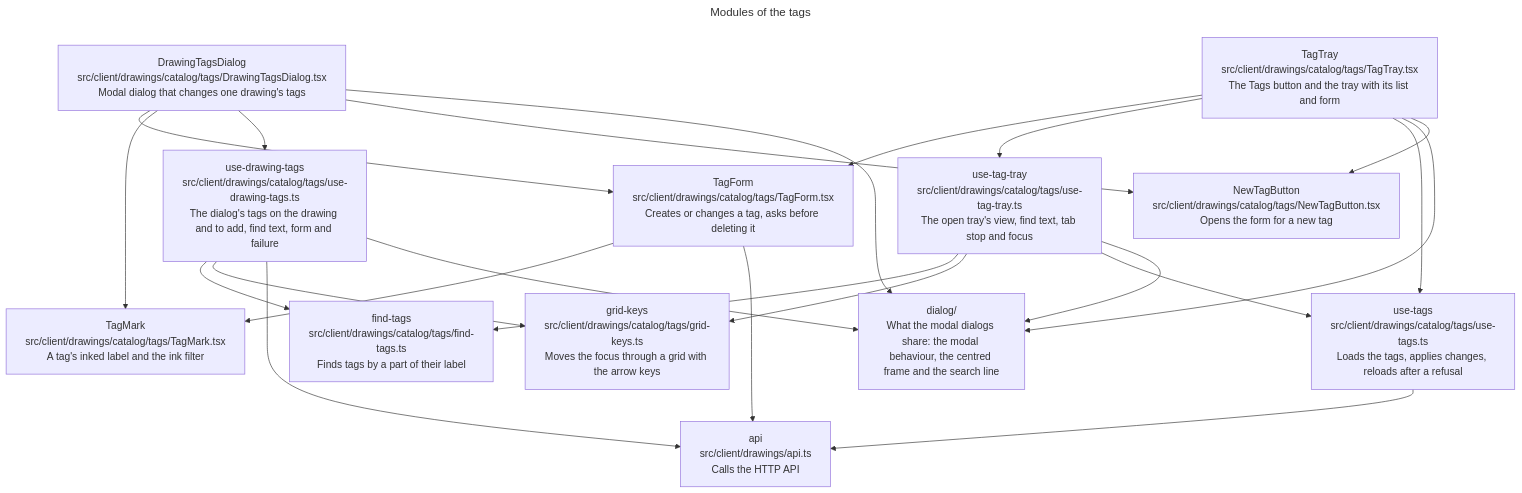
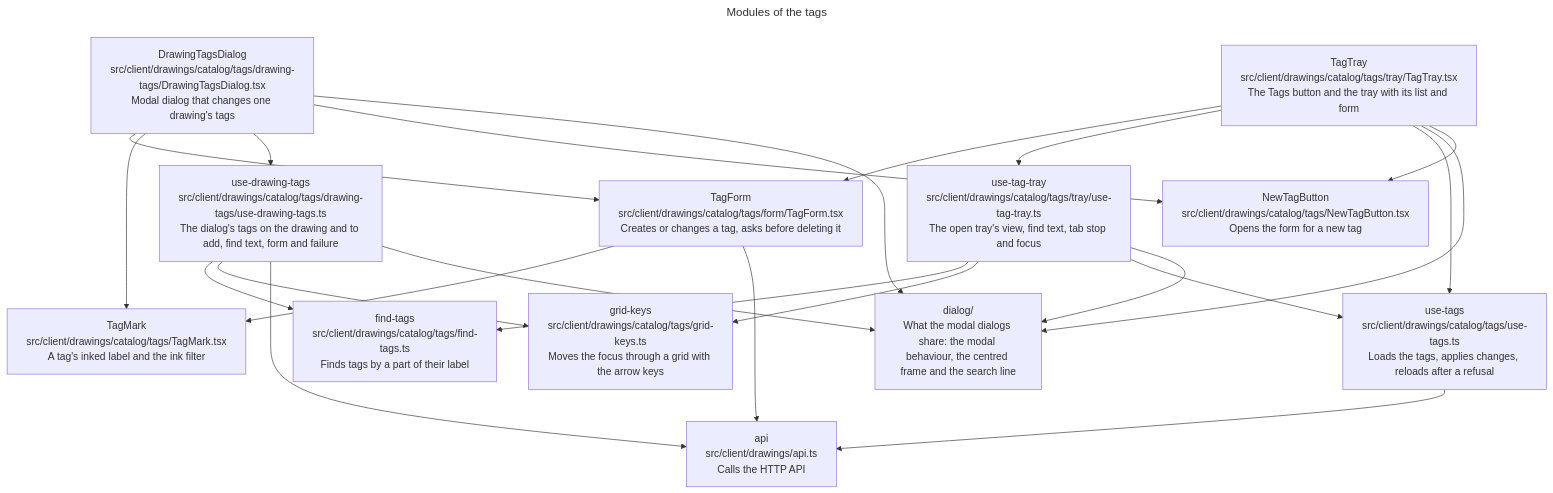
The eighth of 11 diagrams in docs/architecture/architecture.md (remshams/excalidraw-dashboard), drawn with Mermaid before and after one commit. The commit also changed other lines of this file and 1 other file, not shown here.

Commit message:
docs(Architecture): describe the #shared alias and the folders under tags/

````diff
--- a/docs/architecture/architecture.md
+++ b/docs/architecture/architecture.md
@@ -239,24 +243,24 @@
 ```mermaid
 ---
 title: Modules of the tags
 ---
 flowchart TD
-    tray["TagTray<br>src/client/drawings/catalog/tags/TagTray.tsx<br>The Tags button and the tray with its list and form"]:::module
-    trayState["use-tag-tray<br>src/client/drawings/catalog/tags/use-tag-tray.ts<br>The open tray's view, find text, tab stop and focus"]:::module
-    form["TagForm<br>src/client/drawings/catalog/tags/TagForm.tsx<br>Creates or changes a tag, asks before deleting it"]:::module
+    tray["TagTray<br>src/client/drawings/catalog/tags/tray/TagTray.tsx<br>The Tags button and the tray with its list and form"]:::module
+    trayState["use-tag-tray<br>src/client/drawings/catalog/tags/tray/use-tag-tray.ts<br>The open tray's view, find text, tab stop and focus"]:::module
+    form["TagForm<br>src/client/drawings/catalog/tags/form/TagForm.tsx<br>Creates or changes a tag, asks before deleting it"]:::module
     mark["TagMark<br>src/client/drawings/catalog/tags/TagMark.tsx<br>A tag's inked label and the ink filter"]:::module
     findTags["find-tags<br>src/client/drawings/catalog/tags/find-tags.ts<br>Finds tags by a part of their label"]:::module
     gridKeys["grid-keys<br>src/client/drawings/catalog/tags/grid-keys.ts<br>Moves the focus through a grid with the arrow keys"]:::module
     tags["use-tags<br>src/client/drawings/catalog/tags/use-tags.ts<br>Loads the tags, applies changes, reloads after a refusal"]:::module
-    drawingTags["DrawingTagsDialog<br>src/client/drawings/catalog/tags/DrawingTagsDialog.tsx<br>Modal dialog that changes one drawing's tags"]:::module
-    drawingTagsState["use-drawing-tags<br>src/client/drawings/catalog/tags/use-drawing-tags.ts<br>The dialog's tags on the drawing and to add, find text, form and failure"]:::module
+    drawingTags["DrawingTagsDialog<br>src/client/drawings/catalog/tags/drawing-tags/DrawingTagsDialog.tsx<br>Modal dialog that changes one drawing's tags"]:::module
+    drawingTagsState["use-drawing-tags<br>src/client/drawings/catalog/tags/drawing-tags/use-drawing-tags.ts<br>The dialog's tags on the drawing and to add, find text, form and failure"]:::module
     newTag["NewTagButton<br>src/client/drawings/catalog/tags/NewTagButton.tsx<br>Opens the form for a new tag"]:::module
     dialog["dialog/<br>What the modal dialogs share: the modal behaviour, the centred frame and the search line"]:::group
     api["api<br>src/client/drawings/api.ts<br>Calls the HTTP API"]:::module
     tray --> form & trayState & tags & dialog & newTag
     drawingTags --> form & mark & drawingTagsState & newTag & dialog
     drawingTagsState --> findTags & gridKeys & api & dialog
     form --> mark & api
     trayState --> findTags & gridKeys & tags & dialog
     tags --> api
 ```
````
